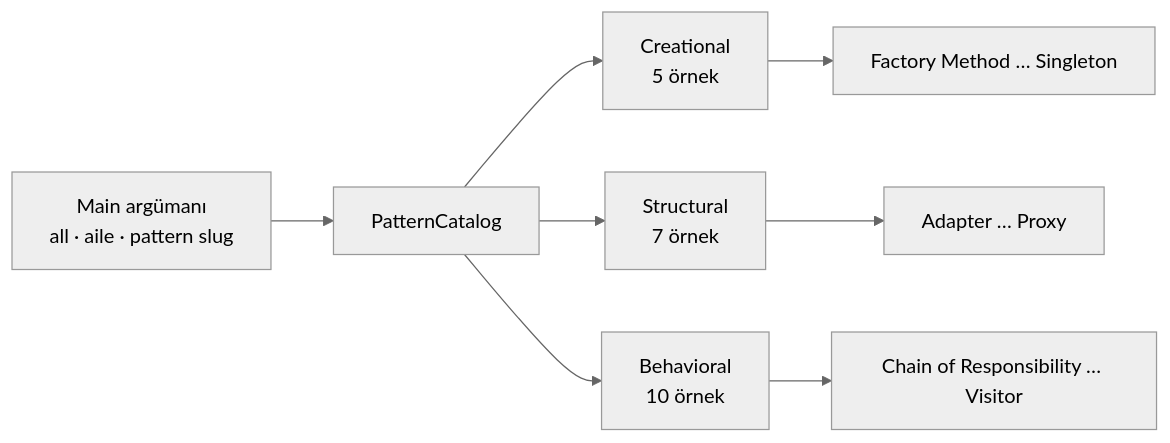
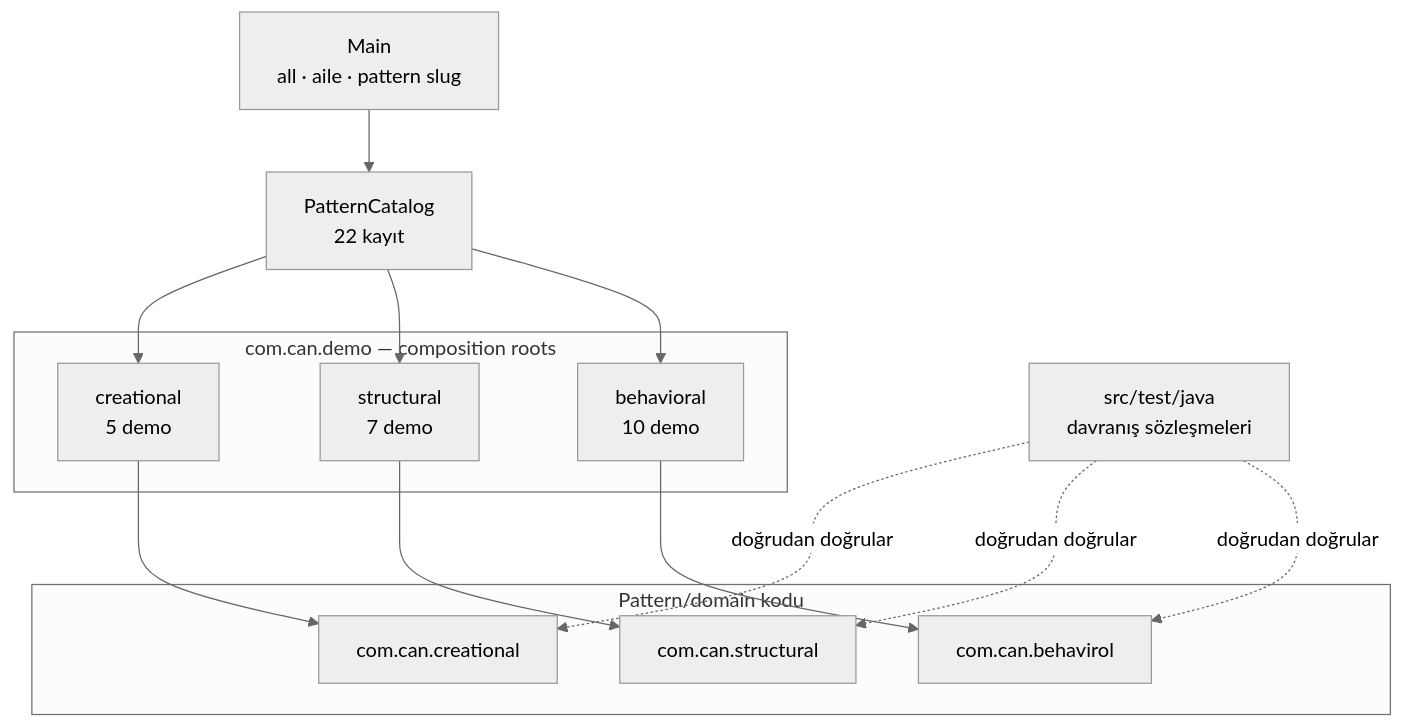
One commit to TunahanCan/design_pattern changed the second of 6 diagrams in docs/book-frontmatter.md. Above: the diagram before and after it, drawn with Mermaid (neutral theme). The commit also changed other lines of this file and 86 other files, not shown here.

````diff
--- a/docs/book-frontmatter.md
+++ b/docs/book-frontmatter.md
@@ -125,10 +224,28 @@
 ```mermaid
-flowchart LR
-    CLI["Main argümanı<br/>all · aile · pattern slug"] --> Catalog[PatternCatalog]
-    Catalog --> C["Creational<br/>5 örnek"]
-    Catalog --> S["Structural<br/>7 örnek"]
-    Catalog --> B["Behavioral<br/>10 örnek"]
-    C --> C1["Factory Method … Singleton"]
-    S --> S1["Adapter … Proxy"]
-    B --> B1["Chain of Responsibility … Visitor"]
+flowchart TB
+    CLI["Main<br/>all · aile · pattern slug"] --> Catalog["PatternCatalog<br/>22 kayıt"]
+
+    subgraph Composition["com.can.demo — composition roots"]
+        CD["creational<br/>5 demo"]
+        SD["structural<br/>7 demo"]
+        BD["behavioral<br/>10 demo"]
+    end
+
+    subgraph Domain["Pattern/domain kodu"]
+        C["com.can.creational"]
+        S["com.can.structural"]
+        B["com.can.behavirol"]
+    end
+
+    Tests["src/test/java<br/>davranış sözleşmeleri"]
+
+    Catalog --> CD
+    Catalog --> SD
+    Catalog --> BD
+    CD --> C
+    SD --> S
+    BD --> B
+    Tests -. "doğrudan doğrular" .-> C
+    Tests -. "doğrudan doğrular" .-> S
+    Tests -. "doğrudan doğrular" .-> B
 ```
````
